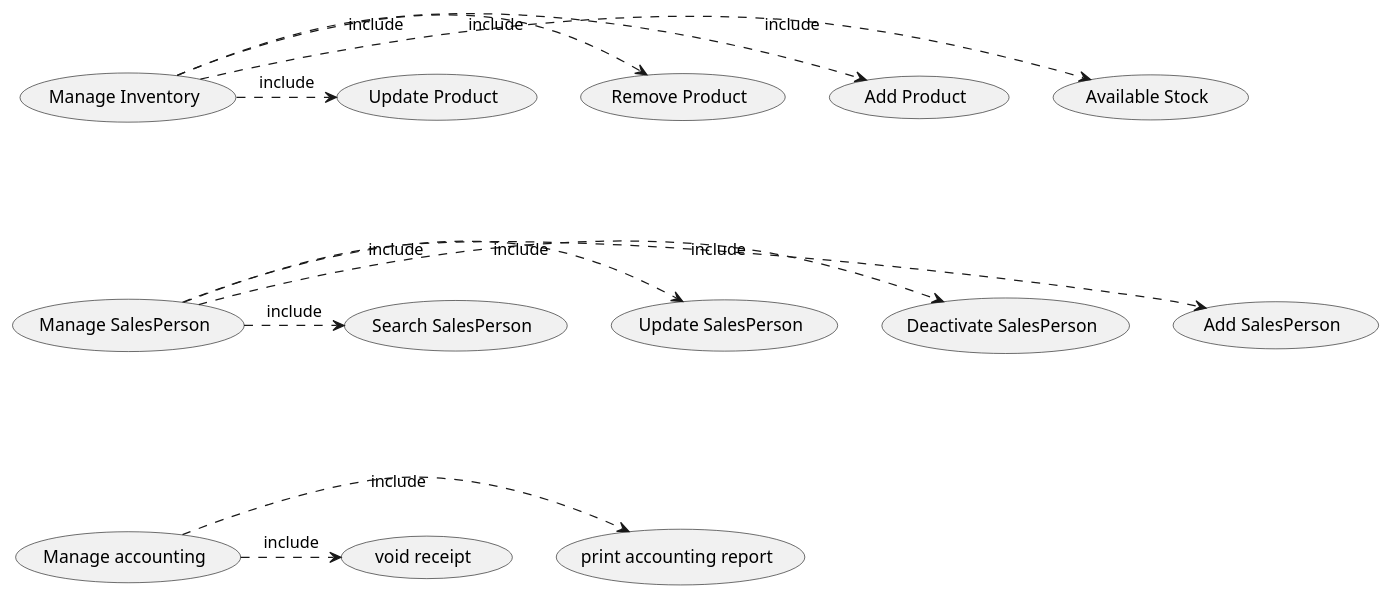
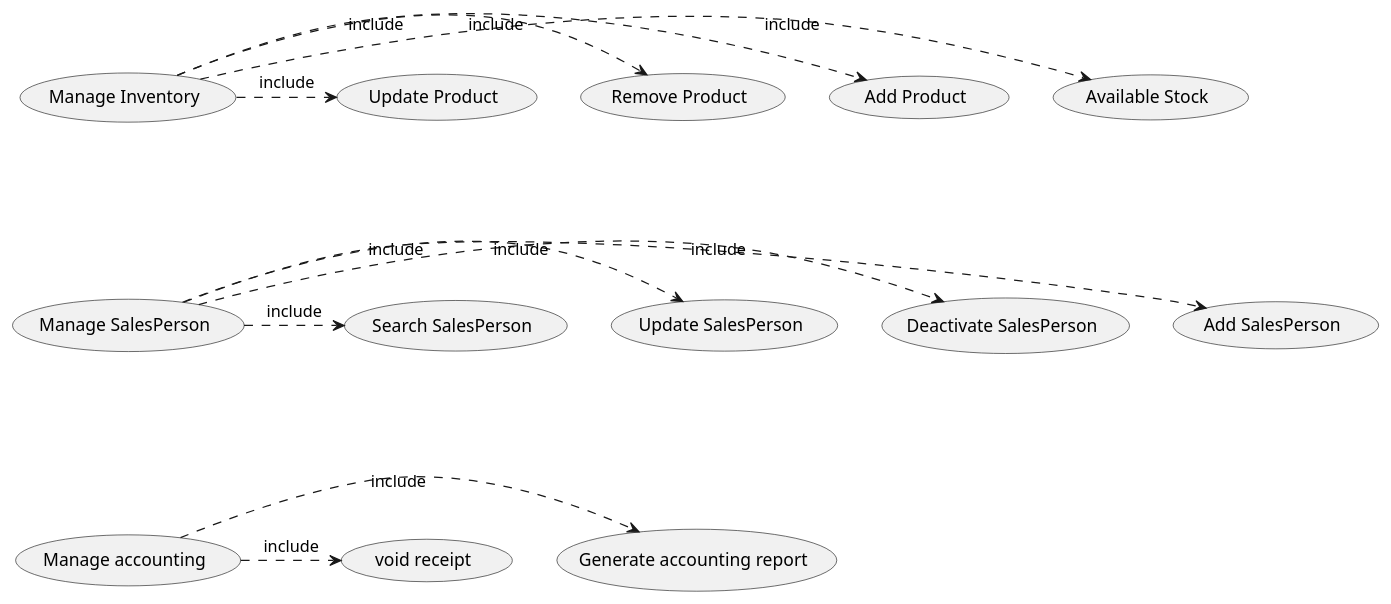
One commit to zitabou/EZShop changed the third of 5 diagrams in Deliverables/RequirementsDocument.md. Above: the diagram before and after it, drawn with PlantUML. The commit also changed other lines of this file, not shown here.

````diff
--- a/Deliverables/RequirementsDocument.md
+++ b/Deliverables/RequirementsDocument.md
@@ -291,19 +291,19 @@
 ```plantuml
 @startuml
 (Manage Inventory) .> (Available Stock) :include
 (Manage Inventory) .> (Add Product) :include
 (Manage Inventory) .> (Remove Product) :include
 (Manage Inventory) .> (Update Product) :include
 
 (Manage SalesPerson) -[hidden]up-- (Manage Inventory)
 (Manage SalesPerson) .> (Add SalesPerson) :include
 (Manage SalesPerson) .> (Deactivate SalesPerson) :include
 (Manage SalesPerson) .> (Update SalesPerson) :include
 (Manage SalesPerson) .> (Search SalesPerson) :include
 
 (Manage accounting) -[hidden]up-- (Manage SalesPerson)
-(Manage accounting) .> (print accounting report) :include
+(Manage accounting) .> (Generate accounting report) :include
 (Manage accounting) .> (void receipt) :include
 
 @enduml
 ```
````
